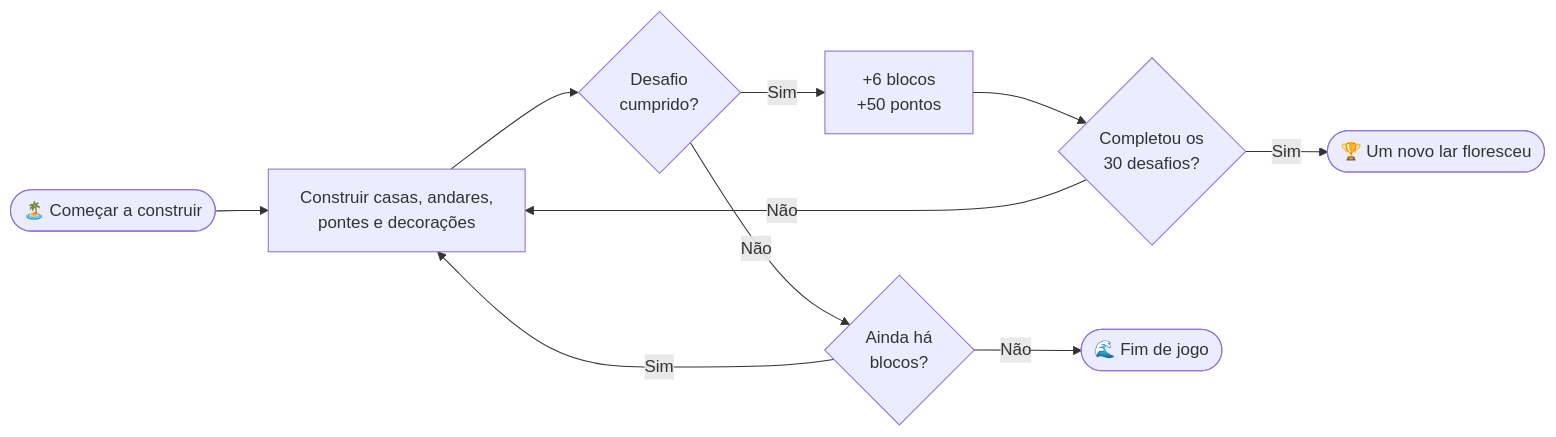
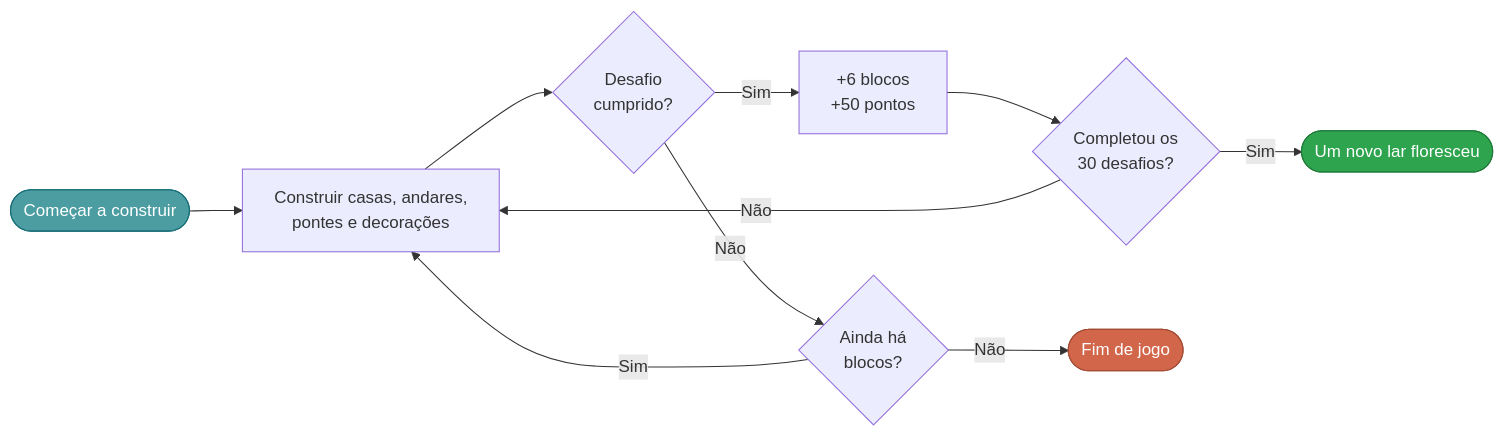
One commit to theosouzaa/Mini-Game changed the diagram in README.md. Above: the diagram before and after it, drawn with Mermaid. The commit also changed other lines of this file, not shown here.

````diff
--- a/README.md
+++ b/README.md
@@ -139,12 +197,16 @@
 ```mermaid
 flowchart LR
-    A(["🏝️ Começar a construir"]) --> B["Construir casas, andares,<br>pontes e decorações"]
+    A(["Começar a construir"]) --> B["Construir casas, andares,<br>pontes e decorações"]
     B --> C{"Desafio<br>cumprido?"}
     C -- Sim --> D["+6 blocos<br>+50 pontos"]
     D --> E{"Completou os<br>30 desafios?"}
-    E -- Sim --> F(["🏆 Um novo lar floresceu"])
+    E -- Sim --> F(["Um novo lar floresceu"])
     E -- Não --> B
     C -- Não --> G{"Ainda há<br>blocos?"}
     G -- Sim --> B
-    G -- Não --> H(["🌊 Fim de jogo"])
+    G -- Não --> H(["Fim de jogo"])
+
+    style A fill:#4b9da2,stroke:#176d77,color:#fff
+    style F fill:#2ea44f,stroke:#1f7a38,color:#fff
+    style H fill:#d1664a,stroke:#a34a33,color:#fff
 ```
````
